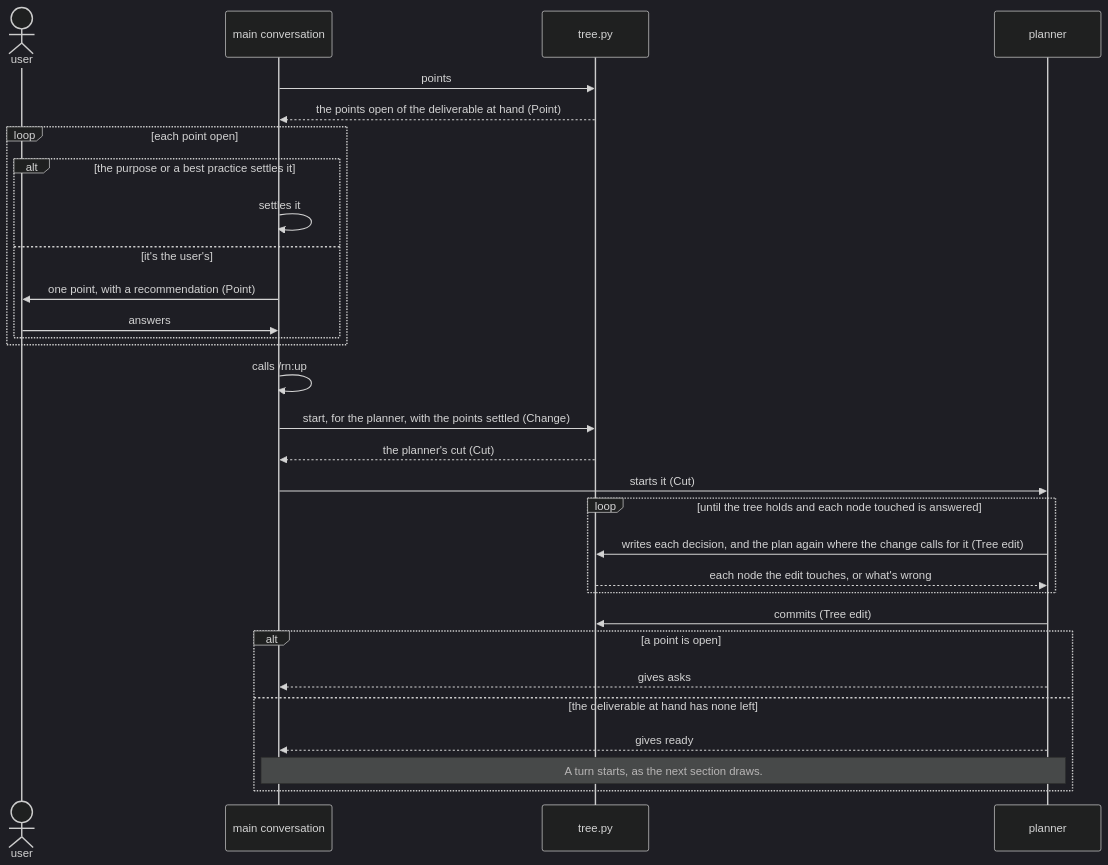
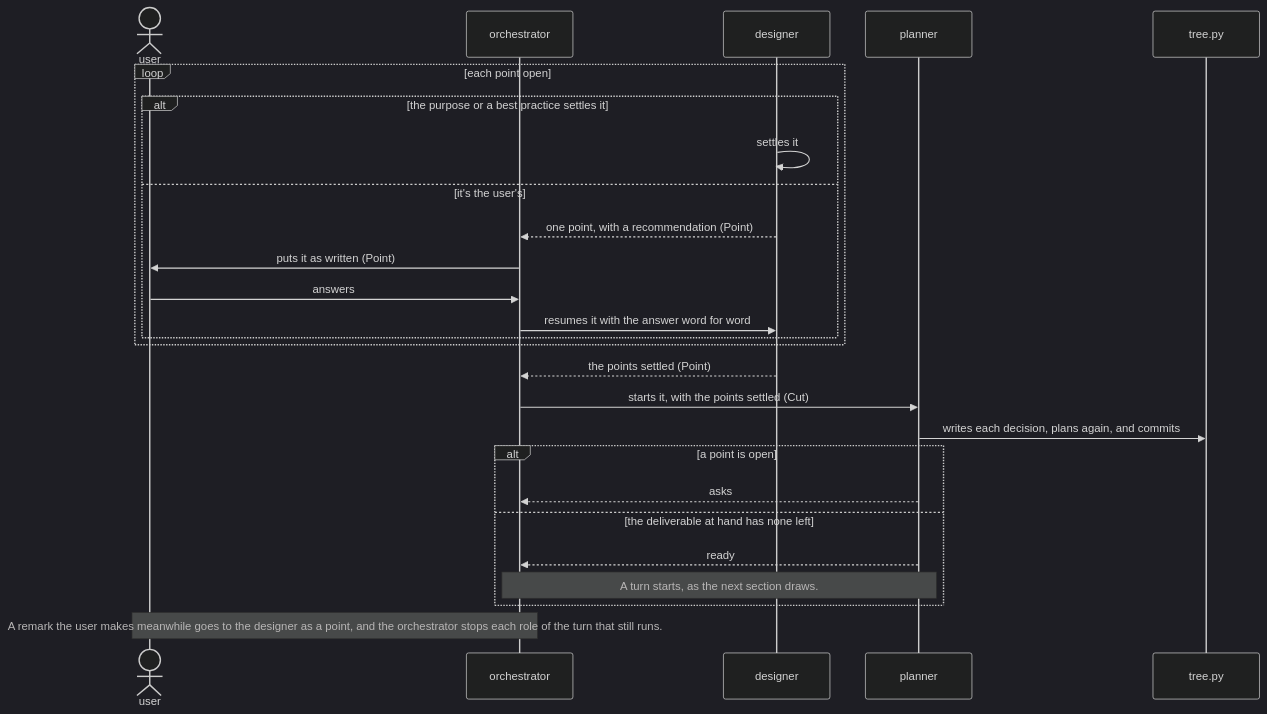
One commit to lovaizu/ccpm changed the second of 5 diagrams in dev/rn/architecture.md. Above: the diagram before and after it, drawn with Mermaid (dark theme). The commit also changed other lines of this file and 11 other files, not shown here.

````diff
--- a/dev/rn/architecture.md
+++ b/dev/rn/architecture.md
@@ -205,32 +166,28 @@
 ```mermaid
 sequenceDiagram
   actor U as user
-  participant M as main conversation
+  participant O as orchestrator
+  participant D as designer
+  participant P as planner
   participant T as tree.py
-  participant P as planner
-  M->>T: points
-  T-->>M: the points open of the deliverable at hand (Point)
   loop each point open
     alt the purpose or a best practice settles it
-      M->>M: settles it
+      D->>D: settles it
     else it's the user's
-      M->>U: one point, with a recommendation (Point)
-      U->>M: answers
+      D-->>O: one point, with a recommendation (Point)
+      O->>U: puts it as written (Point)
+      U->>O: answers
+      O->>D: resumes it with the answer word for word
     end
   end
-  M->>M: calls /rn:up
-  M->>T: start, for the planner, with the points settled (Change)
-  T-->>M: the planner's cut (Cut)
-  M->>P: starts it (Cut)
-  loop until the tree holds and each node touched is answered
-    P->>T: writes each decision, and the plan again where the change calls for it (Tree edit)
-    T-->>P: each node the edit touches, or what's wrong
+  D-->>O: the points settled (Point)
+  O->>P: starts it, with the points settled (Cut)
+  P->>T: writes each decision, plans again, and commits
+  alt a point is open
+    P-->>O: asks
+  else the deliverable at hand has none left
+    P-->>O: ready
+    Note over O,P: A turn starts, as the next section draws.
   end
-  P->>T: commits (Tree edit)
-  alt a point is open
-    P-->>M: gives asks
-  else the deliverable at hand has none left
-    P-->>M: gives ready
-    Note over M,P: A turn starts, as the next section draws.
-  end
+  Note over U,O: A remark the user makes meanwhile goes to the designer as a point, and the orchestrator stops each role of the turn that still runs.
 ```
````
